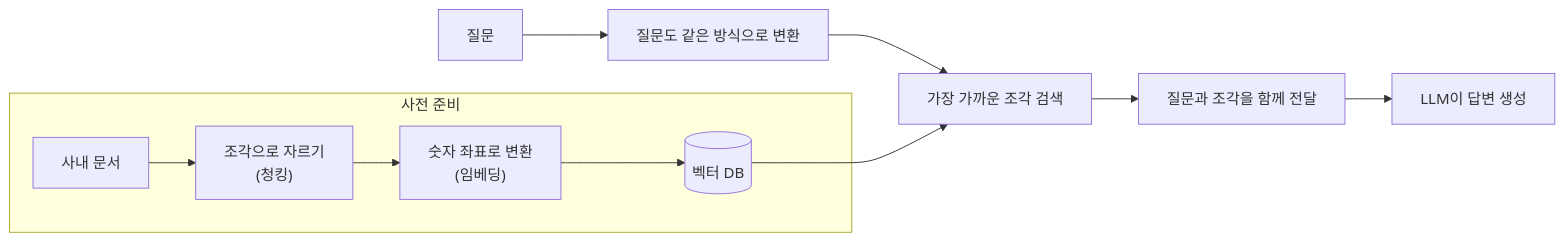
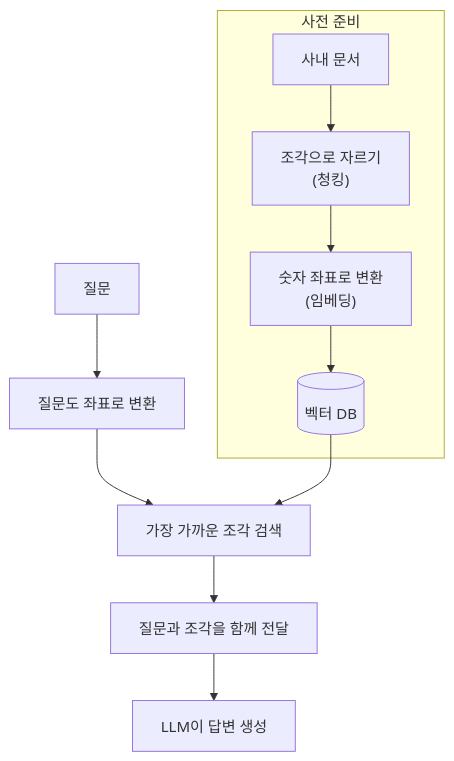
The first of 8 diagrams in docs/blog/posts/AI/rag_types.md (dotoryeee/blog), drawn with Mermaid before and after one commit. The commit also changed other lines of this file, not shown here.

Commit message:
update: rag 글 문구 정리, 제목 단순화, 핵심 단어 링크 방식으로 변경

````diff
--- a/docs/blog/posts/AI/rag_types.md
+++ b/docs/blog/posts/AI/rag_types.md
@@ -32,9 +23,13 @@
 ```mermaid
-flowchart LR
+flowchart TD
     subgraph PREP["사전 준비"]
-        D1["사내 문서"] --> D2["조각으로 자르기<br/>(청킹)"] --> D3["숫자 좌표로 변환<br/>(임베딩)"] --> D4[("벡터 DB")]
+        D1["사내 문서"] --> D2["조각으로 자르기<br/>(청킹)"]
+        D2 --> D3["숫자 좌표로 변환<br/>(임베딩)"]
+        D3 --> D4[("벡터 DB")]
     end
-    Q["질문"] --> E1["질문도 같은 방식으로 변환"] --> R["가장 가까운 조각 검색"]
+    Q["질문"] --> E1["질문도 좌표로 변환"]
+    E1 --> R["가장 가까운 조각 검색"]
     D4 --> R
-    R --> G["질문과 조각을 함께 전달"] --> A2["LLM이 답변 생성"]
+    R --> G["질문과 조각을 함께 전달"]
+    G --> A2["LLM이 답변 생성"]
 ```
````
